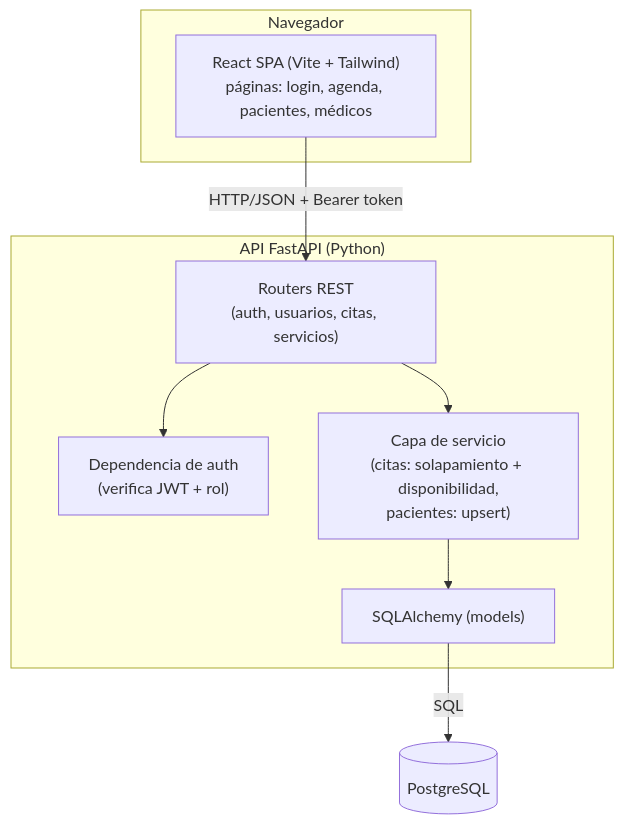
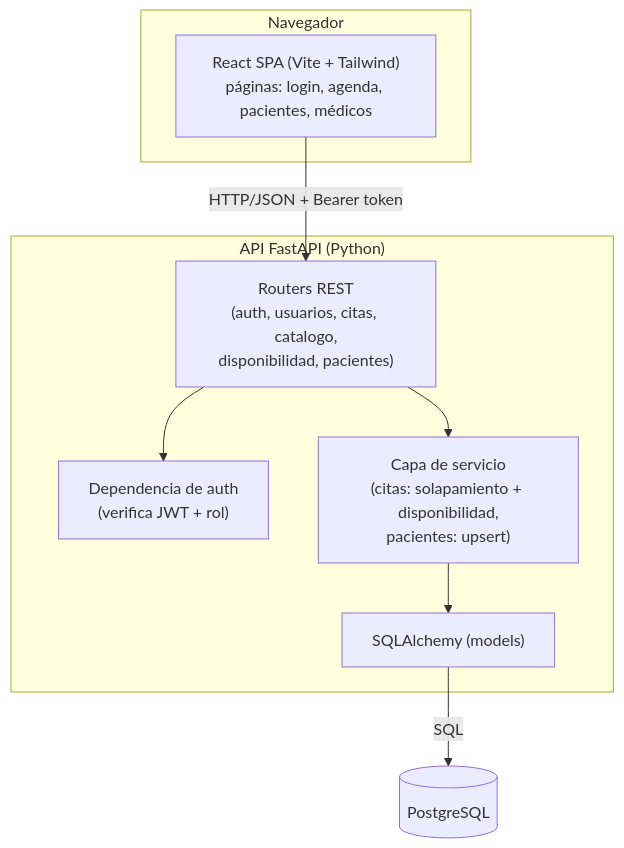
Before and after one commit to DhanaCorredor/diagnostico-backend: the diagram in docs/ARQUITECTURA.md, drawn with Mermaid. The commit also changed other lines of this file and 8 other files, not shown here.

````diff
--- a/docs/ARQUITECTURA.md
+++ b/docs/ARQUITECTURA.md
@@ -16,21 +16,21 @@
 ```mermaid
 flowchart TD
     subgraph Cliente["Navegador"]
         UI["React SPA (Vite + Tailwind)<br/>páginas: login, agenda, pacientes, médicos"]
     end
 
     subgraph Backend["API FastAPI (Python)"]
-        ROUTERS["Routers REST<br/>(auth, usuarios, citas, servicios)"]
+        ROUTERS["Routers REST<br/>(auth, usuarios, citas, catalogo,<br/>disponibilidad, pacientes)"]
         AUTHDEP["Dependencia de auth<br/>(verifica JWT + rol)"]
         SERV["Capa de servicio<br/>(citas: solapamiento + disponibilidad,<br/>pacientes: upsert)"]
         ORM["SQLAlchemy (models)"]
     end
 
     DB[("PostgreSQL")]
 
     UI -->|"HTTP/JSON + Bearer token"| ROUTERS
     ROUTERS --> AUTHDEP
     ROUTERS --> SERV
     SERV --> ORM
     ORM -->|SQL| DB
 ```
````
